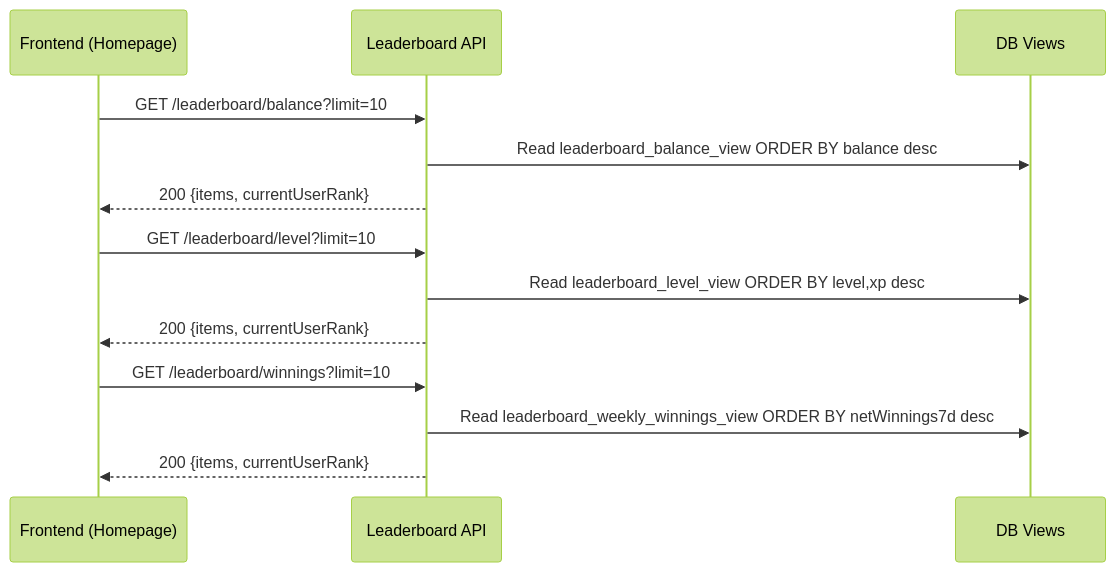
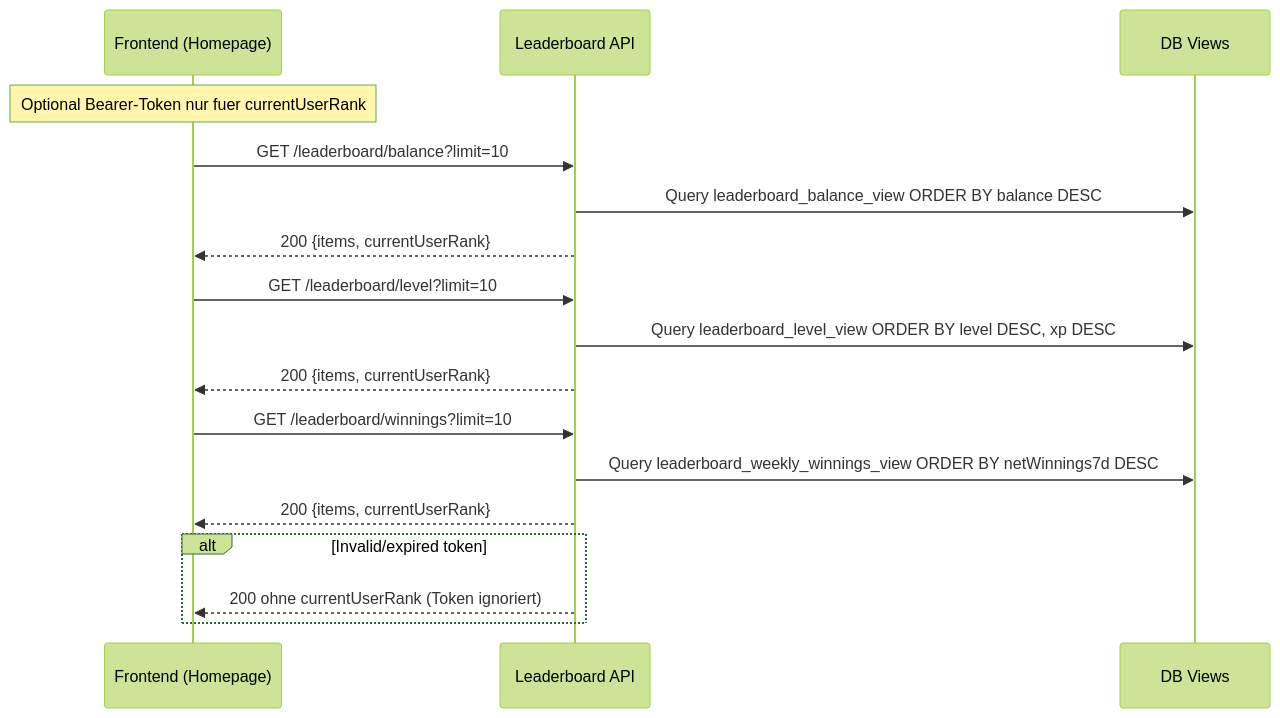
One commit to JustinKaram14/BetCeption changed the first of 2 diagrams in docs/UseCases/UC4_Leaderboard_anzeigen.md. Above: the diagram before and after it, drawn with Mermaid (forest theme). The commit also changed other lines of this file and 57 other files, not shown here.

Commit message:
Mermaid Diagramme, UCRS ergänzt und erstellt, pngs gelöscht

````diff
--- a/docs/UseCases/UC4_Leaderboard_anzeigen.md
+++ b/docs/UseCases/UC4_Leaderboard_anzeigen.md
@@ -21,15 +52,23 @@
 ```mermaid
 sequenceDiagram
   participant FE as Frontend (Homepage)
   participant API as Leaderboard API
   participant DB as DB Views
+
+  Note over FE: Optional Bearer-Token nur fuer currentUserRank
   FE->>API: GET /leaderboard/balance?limit=10
-  API->>DB: Read leaderboard_balance_view ORDER BY balance desc
+  API->>DB: Query leaderboard_balance_view ORDER BY balance DESC
   API-->>FE: 200 {items, currentUserRank}
+
   FE->>API: GET /leaderboard/level?limit=10
-  API->>DB: Read leaderboard_level_view ORDER BY level,xp desc
+  API->>DB: Query leaderboard_level_view ORDER BY level DESC, xp DESC
   API-->>FE: 200 {items, currentUserRank}
+
   FE->>API: GET /leaderboard/winnings?limit=10
-  API->>DB: Read leaderboard_weekly_winnings_view ORDER BY netWinnings7d desc
+  API->>DB: Query leaderboard_weekly_winnings_view ORDER BY netWinnings7d DESC
   API-->>FE: 200 {items, currentUserRank}
+
+  alt Invalid/expired token
+    API-->>FE: 200 ohne currentUserRank (Token ignoriert)
+  end
 ```
````
